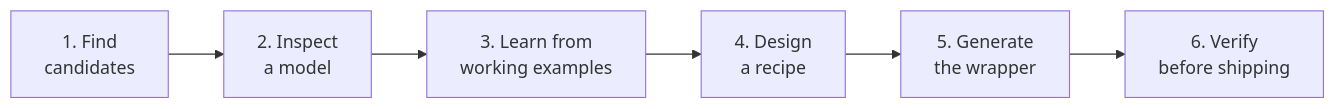
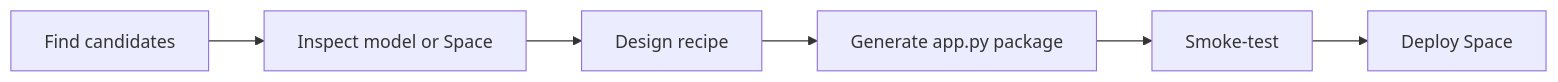
The diagram in tools/model_agent/OVERVIEW.md (TEAMuP-dev/HARP), drawn with Mermaid before and after one commit. The commit also changed other lines of this file and 8 other files, not shown here.

````diff
--- a/tools/model_agent/OVERVIEW.md
+++ b/tools/model_agent/OVERVIEW.md
@@ -23,8 +12,8 @@
 ```mermaid
 flowchart LR
-    A["1. Find<br/>candidates"] --> B["2. Inspect<br/>a model"]
-    B --> C["3. Learn from<br/>working examples"]
-    C --> D["4. Design<br/>a recipe"]
-    D --> E["5. Generate<br/>the wrapper"]
-    E --> F["6. Verify<br/>before shipping"]
+    A["Find candidates"] --> B["Inspect model or Space"]
+    B --> C["Design recipe"]
+    C --> D["Generate app.py package"]
+    D --> E["Smoke-test"]
+    E --> F["Deploy Space"]
 ```
````
